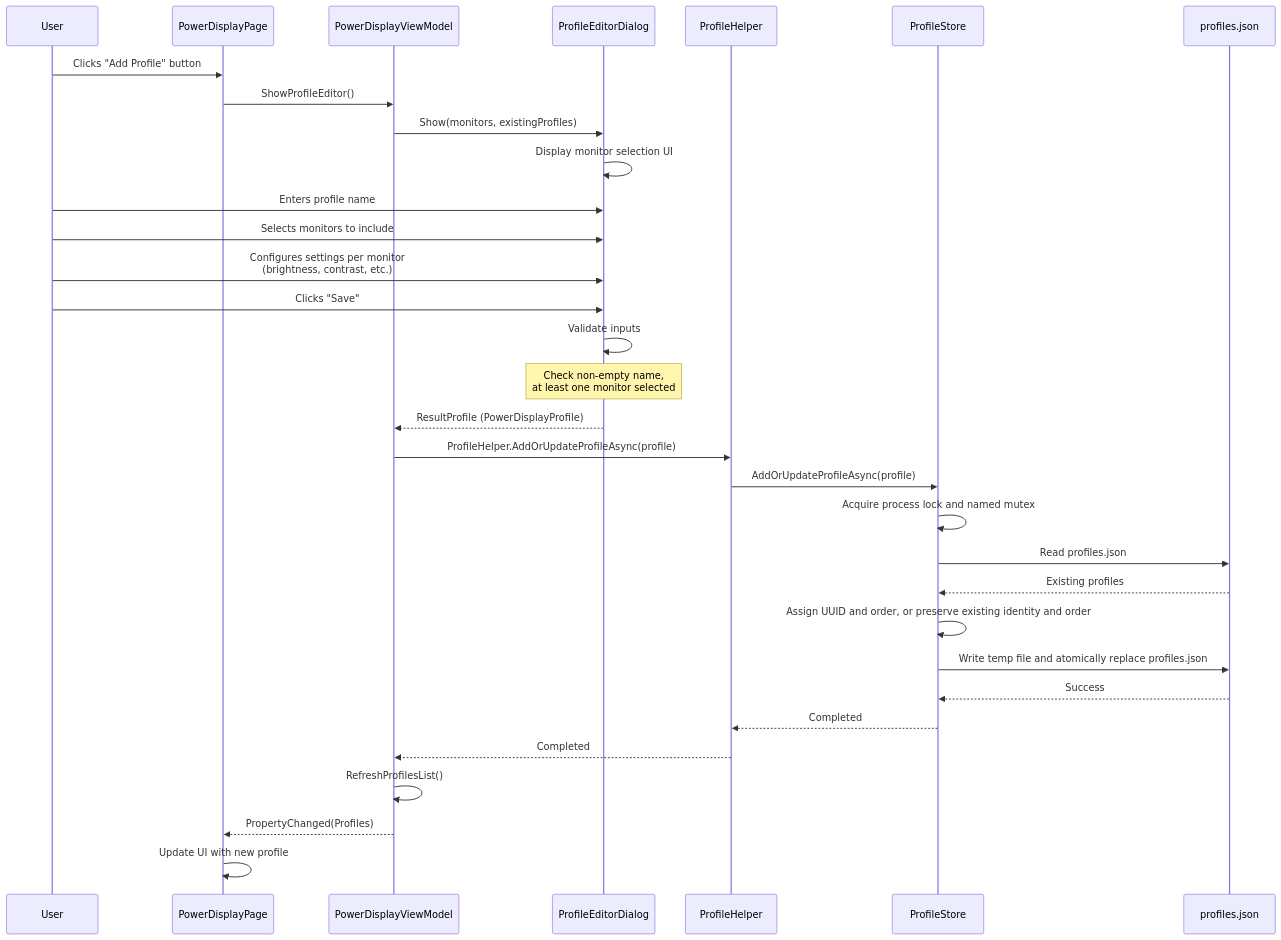
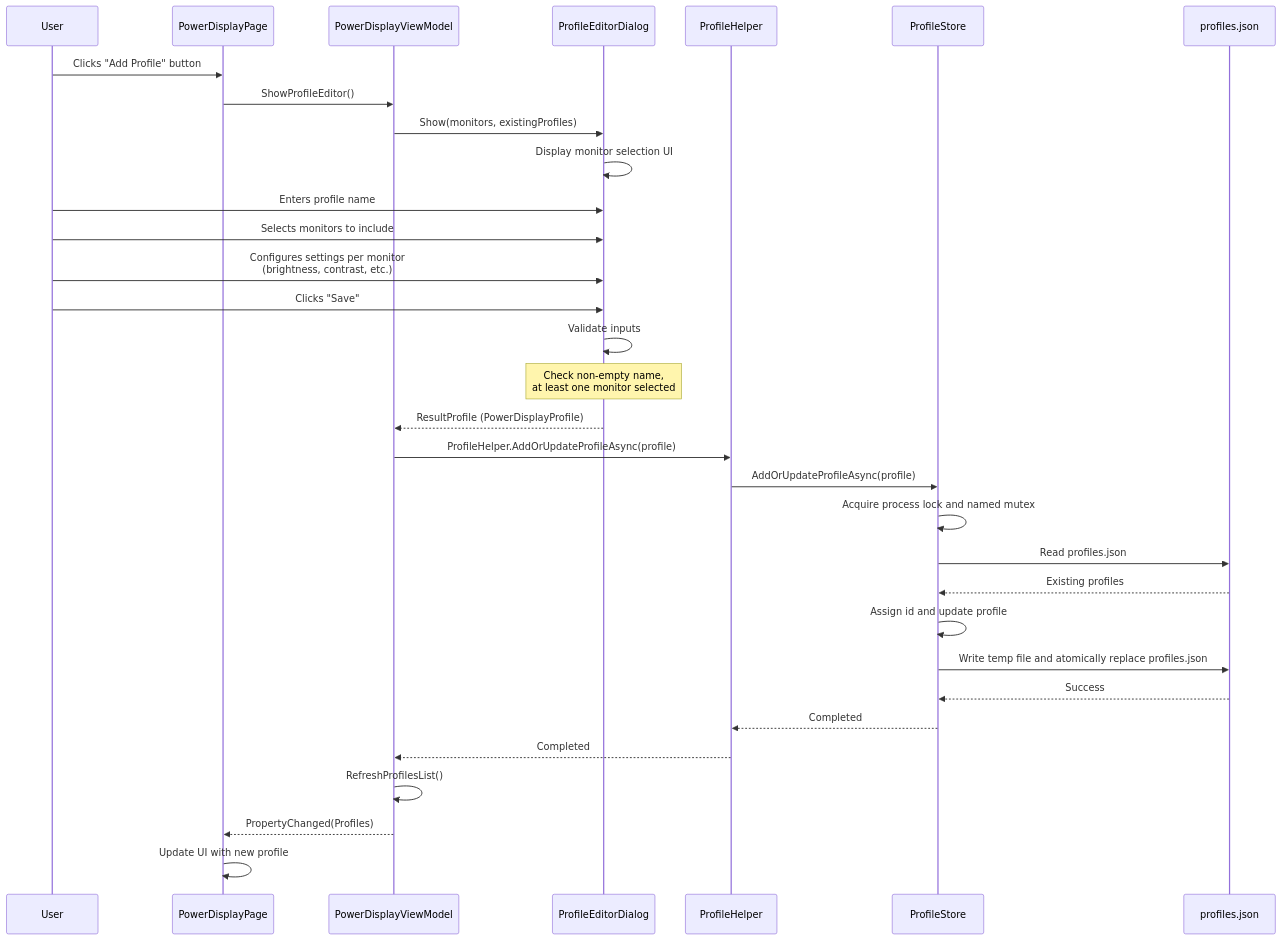
One commit to microsoft/PowerToys changed diagram 20 of 23 in doc/devdocs/modules/powerdisplay/design.md. Above: the diagram before and after it, drawn with Mermaid. The commit also changed other lines of this file and 51 other files, not shown here.

````diff
--- a/doc/devdocs/modules/powerdisplay/design.md
+++ b/doc/devdocs/modules/powerdisplay/design.md
@@ -1489,42 +1450,42 @@
 ```mermaid
 sequenceDiagram
     participant User
     participant SettingsPage as PowerDisplayPage
     participant ViewModel as PowerDisplayViewModel
     participant ProfileDialog as ProfileEditorDialog
     participant ProfileHelper
     participant ProfileStore
     participant FileSystem as profiles.json
 
     User->>SettingsPage: Clicks "Add Profile" button
     SettingsPage->>ViewModel: ShowProfileEditor()
 
     ViewModel->>ProfileDialog: Show(monitors, existingProfiles)
     ProfileDialog->>ProfileDialog: Display monitor selection UI
 
     User->>ProfileDialog: Enters profile name
     User->>ProfileDialog: Selects monitors to include
     User->>ProfileDialog: Configures settings per monitor<br/>(brightness, contrast, etc.)
     User->>ProfileDialog: Clicks "Save"
 
     ProfileDialog->>ProfileDialog: Validate inputs
     Note over ProfileDialog: Check non-empty name,<br/>at least one monitor selected
 
     ProfileDialog-->>ViewModel: ResultProfile (PowerDisplayProfile)
 
     ViewModel->>ProfileHelper: ProfileHelper.AddOrUpdateProfileAsync(profile)
     ProfileHelper->>ProfileStore: AddOrUpdateProfileAsync(profile)
 
     ProfileStore->>ProfileStore: Acquire process lock and named mutex
     ProfileStore->>FileSystem: Read profiles.json
     FileSystem-->>ProfileStore: Existing profiles
-    ProfileStore->>ProfileStore: Assign UUID and order, or preserve existing identity and order
+    ProfileStore->>ProfileStore: Assign id and update profile
     ProfileStore->>FileSystem: Write temp file and atomically replace profiles.json
     FileSystem-->>ProfileStore: Success
     ProfileStore-->>ProfileHelper: Completed
     ProfileHelper-->>ViewModel: Completed
 
     ViewModel->>ViewModel: RefreshProfilesList()
     ViewModel-->>SettingsPage: PropertyChanged(Profiles)
     SettingsPage->>SettingsPage: Update UI with new profile
 ```
````
